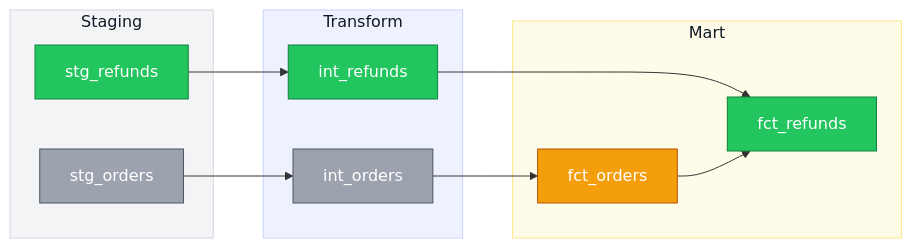
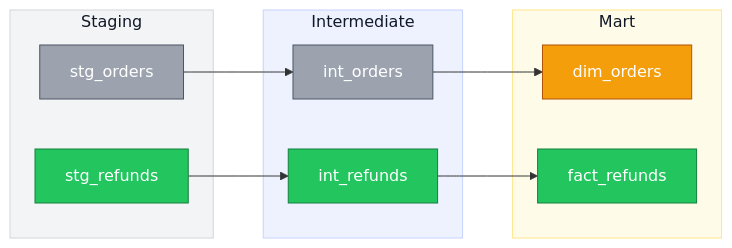
Before and after one commit to zachloertscher/claude-tools: the second of 2 diagrams in skills/mermaid-diagrams/SKILL.md, drawn with Mermaid. The commit also changed other lines of this file and 1 other file, not shown here.

First line of the commit message:
Fix ERD pattern: erDiagram does support classDef in Mermaid 11

````diff
--- a/skills/mermaid-diagrams/SKILL.md
+++ b/skills/mermaid-diagrams/SKILL.md
@@ -89,29 +97,28 @@
 ```mermaid
 flowchart LR
     classDef newNode fill:#22c55e,stroke:#15803d,color:#fff
     classDef changedNode fill:#f59e0b,stroke:#b45309,color:#fff
     classDef existingNode fill:#9ca3af,stroke:#4b5563,color:#fff
 
     subgraph staging[Staging]
         stg_orders["stg_orders"]:::existingNode
         stg_refunds["stg_refunds"]:::newNode
     end
 
-    subgraph transform[Transform]
+    subgraph intermediate[Intermediate]
         int_orders["int_orders"]:::existingNode
         int_refunds["int_refunds"]:::newNode
     end
 
     subgraph mart[Mart]
-        fct_orders["fct_orders"]:::changedNode
-        fct_refunds["fct_refunds"]:::newNode
+        dim_orders["dim_orders"]:::changedNode
+        fact_refunds["fact_refunds"]:::newNode
     end
 
     style staging fill:#f3f4f6,stroke:#d1d5db,color:#111827
-    style transform fill:#eef2ff,stroke:#c7d2fe,color:#111827
+    style intermediate fill:#eef2ff,stroke:#c7d2fe,color:#111827
     style mart fill:#fefce8,stroke:#fde68a,color:#111827
 
-    stg_orders --> int_orders --> fct_orders
-    stg_refunds --> int_refunds --> fct_refunds
-    fct_orders --> fct_refunds
+    stg_orders --> int_orders --> dim_orders
+    stg_refunds --> int_refunds --> fact_refunds
 ```
````
